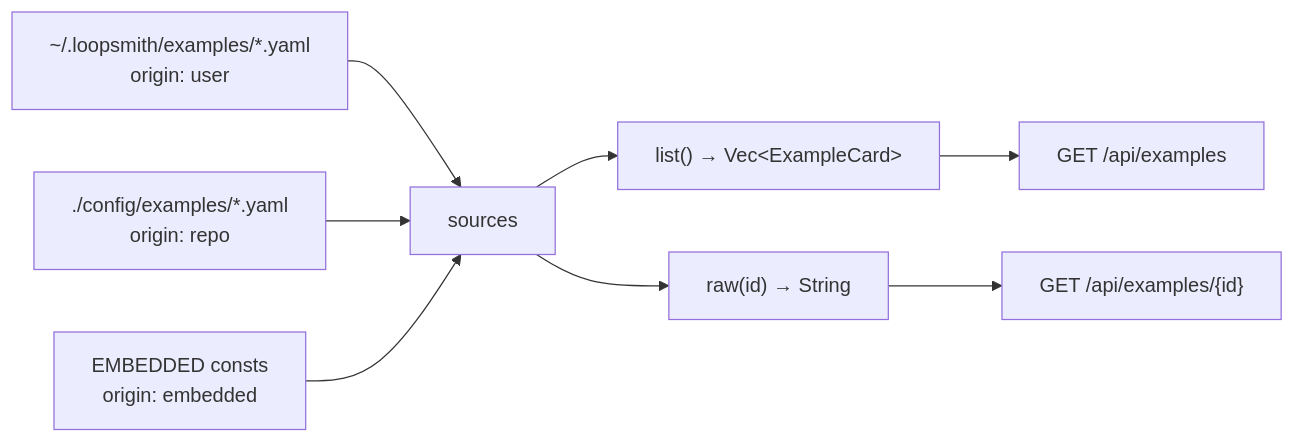
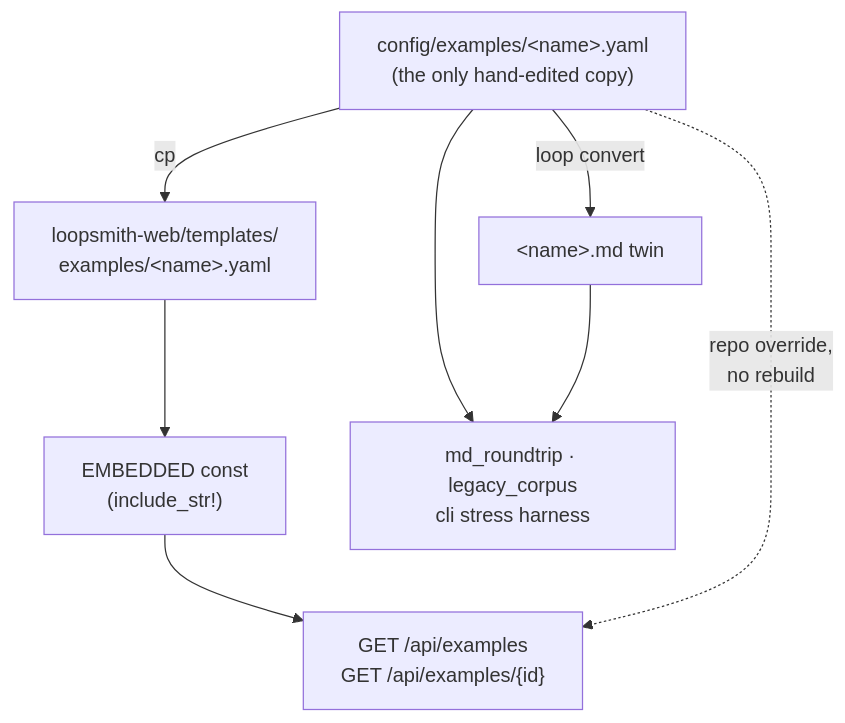
The diagram in wiki/example-loops.md (bitphill/loopsmith), drawn with Mermaid before and after one commit. The commit also changed other lines of this file and 30 other files, not shown here.

````diff
--- a/wiki/example-loops.md
+++ b/wiki/example-loops.md
@@ -62,10 +127,17 @@
 ```mermaid
-flowchart LR
-  U["~/.loopsmith/examples/*.yaml<br/>origin: user"] --> S[sources]
-  R["./config/examples/*.yaml<br/>origin: repo"] --> S
-  E["EMBEDDED consts<br/>origin: embedded"] --> S
-  S --> L["list() → Vec&lt;ExampleCard&gt;"]
-  S --> W["raw(id) → String"]
-  L --> API["GET /api/examples"]
-  W --> API2["GET /api/examples/{id}"]
+graph TD
+    Y["config/examples/&lt;name&gt;.yaml<br/>(the only hand-edited copy)"]
+    MD["&lt;name&gt;.md twin"]
+    CRATE["loopsmith-web/templates/<br/>examples/&lt;name&gt;.yaml"]
+    EMB["EMBEDDED const<br/>(include_str!)"]
+    API["GET /api/examples<br/>GET /api/examples/{id}"]
+    TESTS["md_roundtrip · legacy_corpus<br/>cli stress harness"]
+
+    Y -->|loop convert| MD
+    Y -->|cp| CRATE
+    CRATE --> EMB
+    EMB --> API
+    Y -.->|"repo override,<br/>no rebuild"| API
+    Y --> TESTS
+    MD --> TESTS
 ```
````
